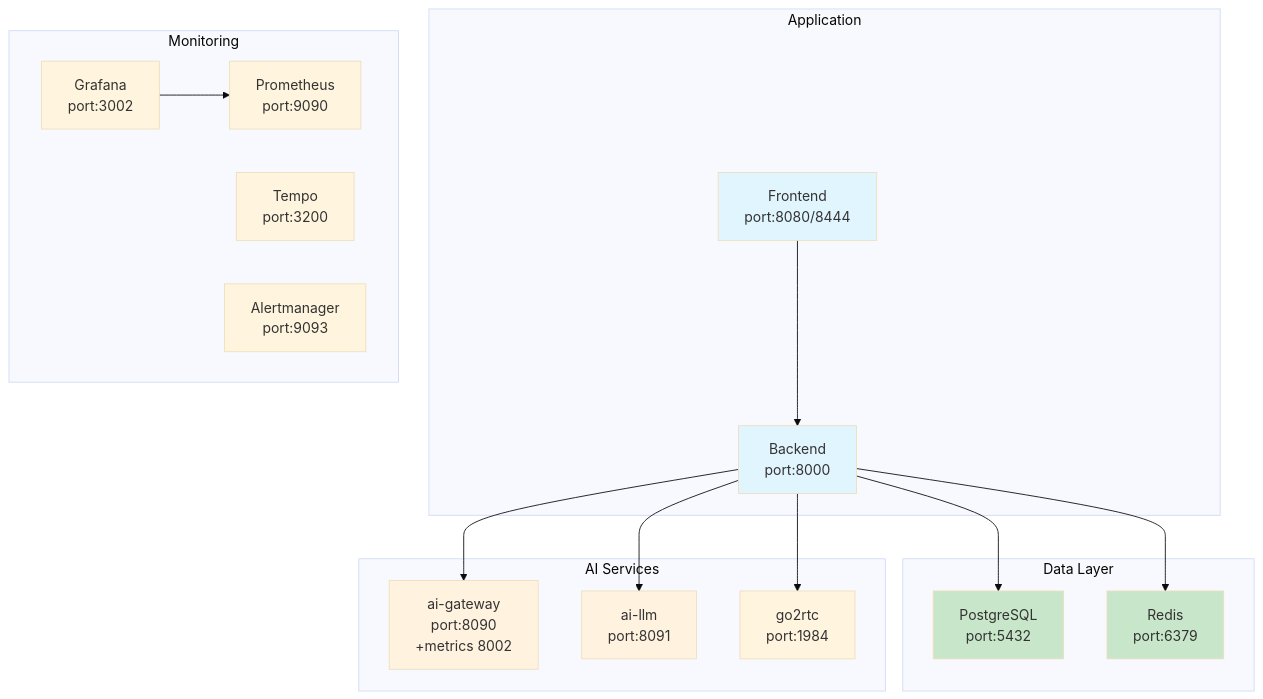
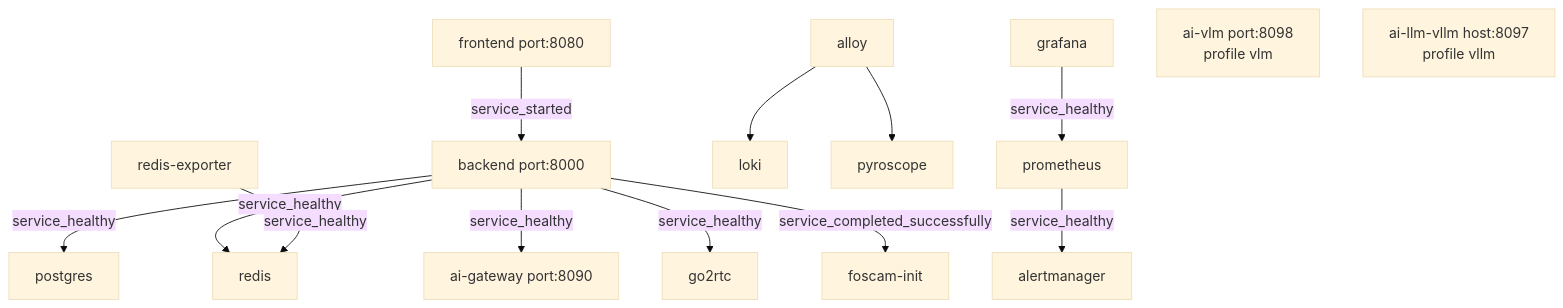
One commit to mikesvoboda/nemotron-v3-home-security-intelligence changed the third of 5 diagrams in docs/deployment/container-orchestration.md. Above: the diagram before and after it, drawn with Mermaid (base theme). The commit also changed other lines of this file and 231 other files, not shown here.

````diff
--- a/docs/deployment/container-orchestration.md
+++ b/docs/deployment/container-orchestration.md
@@ -314,41 +306,32 @@
 ```mermaid
-graph TD
-    subgraph Data["Data Layer"]
-        PG[PostgreSQL<br/>port:5432]
-        RD[Redis<br/>port:6379]
-    end
+flowchart TD
+    PG[postgres]
+    RD[redis]
+    G2[go2rtc]
+    FI[foscam-init]
+    GW[ai-gateway port:8090]
+    BE[backend port:8000]
+    FE[frontend port:8080]
+    AM[alertmanager]
+    PR[prometheus]
+    GR[grafana]
+    LK[loki]
+    PY[pyroscope]
+    AL[alloy]
+    RX[redis-exporter]
 
-    subgraph AI["AI Services"]
-        GW[ai-gateway<br/>port:8090<br/>+metrics 8002]
-        NM[ai-llm<br/>port:8091]
-        G2[go2rtc<br/>port:1984]
-    end
+    BE -->|service_healthy| PG
+    BE -->|service_healthy| RD
+    BE -->|service_healthy| GW
+    BE -->|service_healthy| G2
+    BE -->|service_completed_successfully| FI
+    FE -->|service_started| BE
+    PR -->|service_healthy| AM
+    GR -->|service_healthy| PR
+    RX -->|service_healthy| RD
+    AL --> LK
+    AL --> PY
 
-    subgraph App["Application"]
-        BE[Backend<br/>port:8000]
-        FE[Frontend<br/>port:8080/8444]
-    end
-
-    subgraph Mon["Monitoring"]
-        PR[Prometheus<br/>port:9090]
-        GR[Grafana<br/>port:3002]
-        TP[Tempo<br/>port:3200]
-        AL[Alertmanager<br/>port:9093]
-    end
-
-    %% Hard dependencies (must be healthy)
-    BE --> PG
-    BE --> RD
-    BE --> GW
-    BE --> NM
-    BE --> G2
-    FE --> BE
-    GR --> PR
-
-    style PG fill:#c8e6c9
-    style RD fill:#c8e6c9
-    style GW fill:#fff3e0
-    style NM fill:#fff3e0
-    style BE fill:#e1f5fe
-    style FE fill:#e1f5fe
+    VLM[ai-vlm port:8098<br/>profile vlm]
+    VLLM[ai-llm-vllm host:8097<br/>profile vllm]
 ```
````
